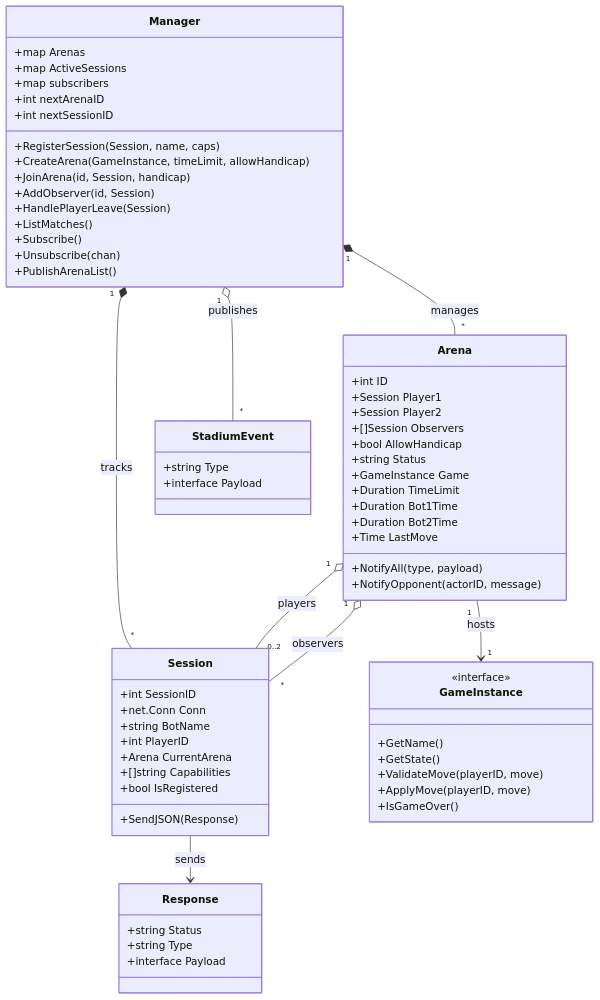
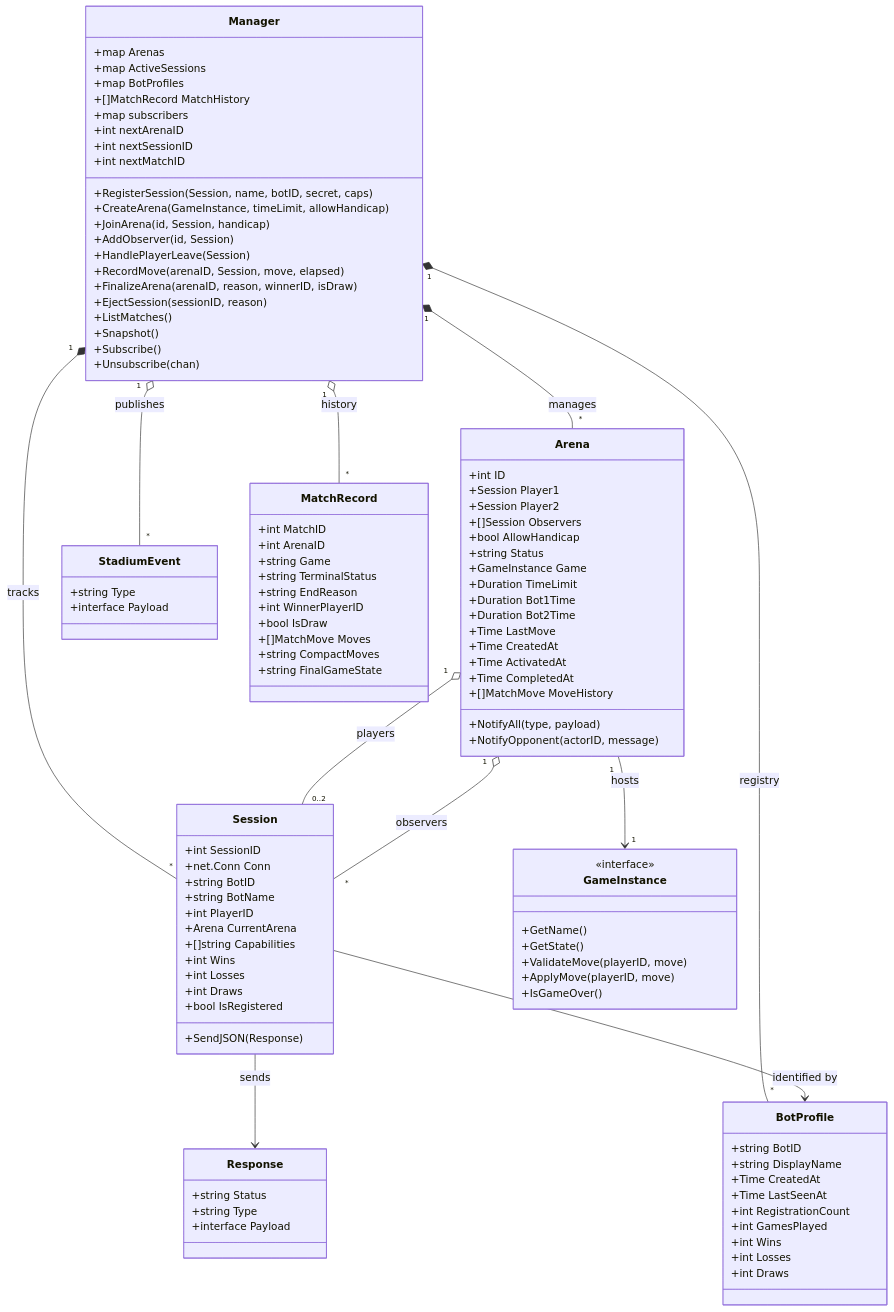
Before and after one commit to JonKirkpatrick/bbs: the fifth of 5 diagrams in ARCHITECTURE.md, drawn with Mermaid. The commit also changed other lines of this file and 7 other files, not shown here.

````diff
--- a/ARCHITECTURE.md
+++ b/ARCHITECTURE.md
@@ -277,10 +295,14 @@
     class Session {
         +int SessionID
         +net.Conn Conn
+        +string BotID
         +string BotName
         +int PlayerID
         +Arena CurrentArena
         +[]string Capabilities
+        +int Wins
+        +int Losses
+        +int Draws
         +bool IsRegistered
         +SendJSON(Response)
     }
@@ -294,18 +316,24 @@
     class Manager {
         +map Arenas
         +map ActiveSessions
+        +map BotProfiles
+        +[]MatchRecord MatchHistory
         +map subscribers
         +int nextArenaID
         +int nextSessionID
-        +RegisterSession(Session, name, caps)
+        +int nextMatchID
+        +RegisterSession(Session, name, botID, secret, caps)
         +CreateArena(GameInstance, timeLimit, allowHandicap)
         +JoinArena(id, Session, handicap)
         +AddObserver(id, Session)
         +HandlePlayerLeave(Session)
+        +RecordMove(arenaID, Session, move, elapsed)
+        +FinalizeArena(arenaID, reason, winnerID, isDraw)
+        +EjectSession(sessionID, reason)
         +ListMatches()
+        +Snapshot()
         +Subscribe()
         +Unsubscribe(chan)
-        +PublishArenaList()
     }
 
     class Arena {
@@ -320,6 +348,10 @@
         +Duration Bot1Time
         +Duration Bot2Time
         +Time LastMove
+        +Time CreatedAt
+        +Time ActivatedAt
+        +Time CompletedAt
+        +[]MatchMove MoveHistory
         +NotifyAll(type, payload)
         +NotifyOpponent(actorID, message)
     }
@@ -338,11 +370,39 @@
         +IsGameOver()
     }
 
+    class BotProfile {
+        +string BotID
+        +string DisplayName
+        +Time CreatedAt
+        +Time LastSeenAt
+        +int RegistrationCount
+        +int GamesPlayed
+        +int Wins
+        +int Losses
+        +int Draws
+    }
+
+    class MatchRecord {
+        +int MatchID
+        +int ArenaID
+        +string Game
+        +string TerminalStatus
+        +string EndReason
+        +int WinnerPlayerID
+        +bool IsDraw
+        +[]MatchMove Moves
+        +string CompactMoves
+        +string FinalGameState
+    }
+
     Manager "1" *-- "*" Arena : manages
     Manager "1" *-- "*" Session : tracks
+    Manager "1" *-- "*" BotProfile : registry
+    Manager "1" o-- "*" MatchRecord : history
     Manager "1" o-- "*" StadiumEvent : publishes
     Arena "1" o-- "0..2" Session : players
     Arena "1" o-- "*" Session : observers
     Arena "1" --> "1" GameInstance : hosts
     Session --> Response : sends
+    Session --> BotProfile : identified by
 ```
````
